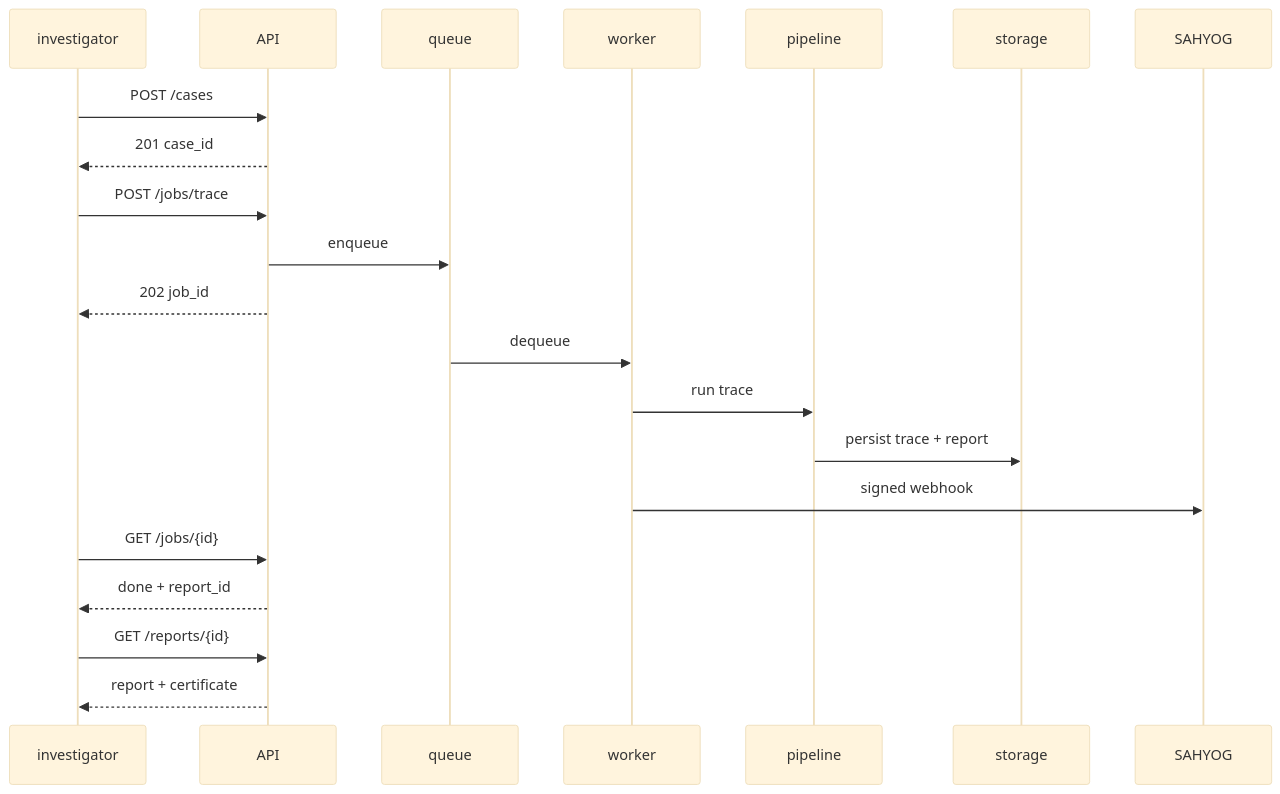
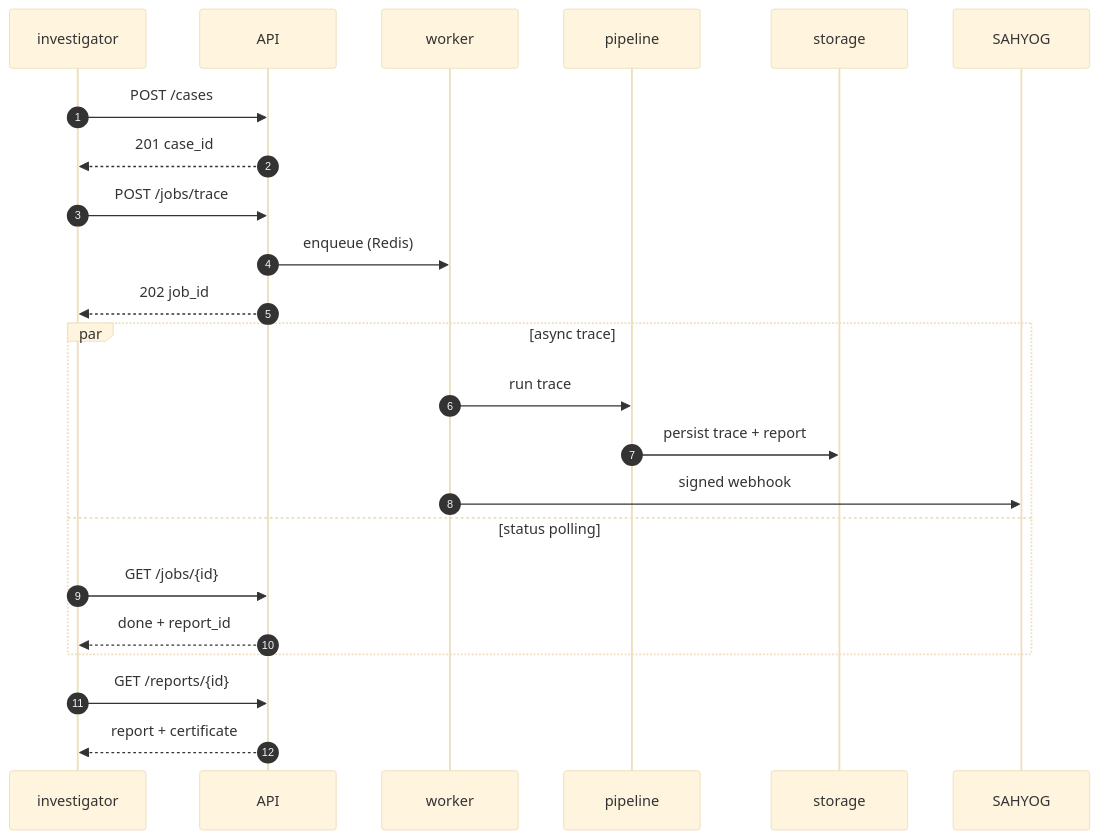
The fourth of 4 diagrams in README.md (QuantumDev-CERN/Automated-Vasp-Atrribution-Engine), drawn with Mermaid (base theme) before and after one commit. The commit also changed other lines of this file, not shown here.

Commit message:
docs: research-backed compact diagrams — 6-stage pipeline, 6-participant lifecycle

````diff
--- a/README.md
+++ b/README.md
@@ -151,24 +147,26 @@
 ```mermaid
 sequenceDiagram
+    autonumber
     participant I as investigator
     participant A as API
-    participant Q as queue
     participant W as worker
     participant P as pipeline
     participant D as storage
     participant S as SAHYOG
 
     I->>A: POST /cases
     A-->>I: 201 case_id
     I->>A: POST /jobs/trace
-    A->>Q: enqueue
+    A->>W: enqueue (Redis)
     A-->>I: 202 job_id
-    Q->>W: dequeue
-    W->>P: run trace
-    P->>D: persist trace + report
-    W->>S: signed webhook
-    I->>A: GET /jobs/{id}
-    A-->>I: done + report_id
+    par async trace
+        W->>P: run trace
+        P->>D: persist trace + report
+        W->>S: signed webhook
+    and status polling
+        I->>A: GET /jobs/{id}
+        A-->>I: done + report_id
+    end
     I->>A: GET /reports/{id}
     A-->>I: report + certificate
 ```
````
